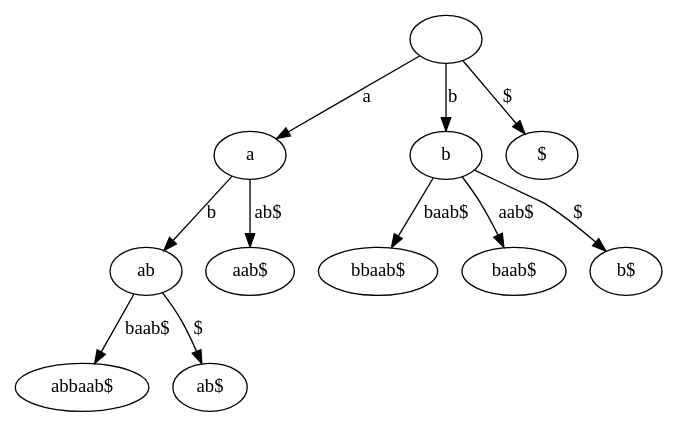
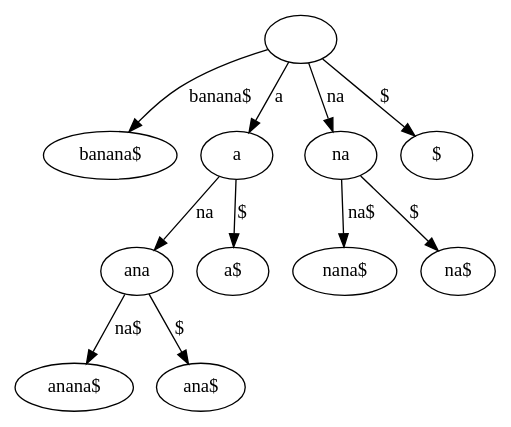
One commit to cmkobel/GSA changed the diagram in 3_lcp_suffix_tree/test-output/suffix tree.gv. Above: the diagram before and after it, drawn with Graphviz. The commit also changed 3 other files, not shown here.

```diff
--- a/3_lcp_suffix_tree/test-output/suffix tree.gv
+++ b/3_lcp_suffix_tree/test-output/suffix tree.gv
@@ -1,24 +1,24 @@
 // Suffix tree
 digraph {
 	"|" [label=""]
+	"banana$|banana$" [label="banana$"]
+	"|" -> "banana$|banana$" [label="banana$"]
 	"a|a" [label=a]
-	"b|ab" [label=ab]
-	"baab$|abbaab$" [label="abbaab$"]
-	"b|ab" -> "baab$|abbaab$" [label="baab$"]
-	"$|ab$" [label="ab$"]
-	"b|ab" -> "$|ab$" [label="$"]
-	"a|a" -> "b|ab" [label=b]
-	"ab$|aab$" [label="aab$"]
-	"a|a" -> "ab$|aab$" [label="ab$"]
+	"na|ana" [label=ana]
+	"na$|anana$" [label="anana$"]
+	"na|ana" -> "na$|anana$" [label="na$"]
+	"$|ana$" [label="ana$"]
+	"na|ana" -> "$|ana$" [label="$"]
+	"a|a" -> "na|ana" [label=na]
+	"$|a$" [label="a$"]
+	"a|a" -> "$|a$" [label="$"]
 	"|" -> "a|a" [label=a]
-	"b|b" [label=b]
-	"baab$|bbaab$" [label="bbaab$"]
-	"b|b" -> "baab$|bbaab$" [label="baab$"]
-	"aab$|baab$" [label="baab$"]
-	"b|b" -> "aab$|baab$" [label="aab$"]
-	"$|b$" [label="b$"]
-	"b|b" -> "$|b$" [label="$"]
-	"|" -> "b|b" [label=b]
+	"na|na" [label=na]
+	"na$|nana$" [label="nana$"]
+	"na|na" -> "na$|nana$" [label="na$"]
+	"$|na$" [label="na$"]
+	"na|na" -> "$|na$" [label="$"]
+	"|" -> "na|na" [label=na]
 	"$|$" [label="$"]
 	"|" -> "$|$" [label="$"]
 }
```
